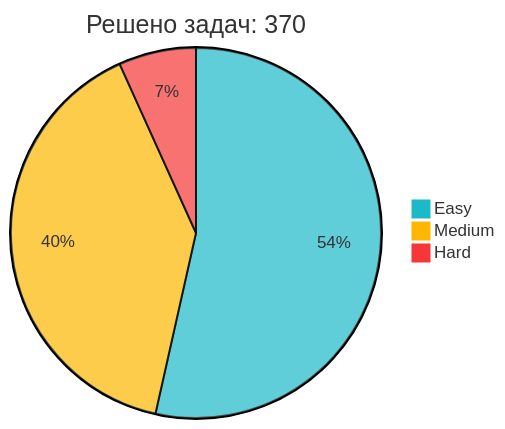
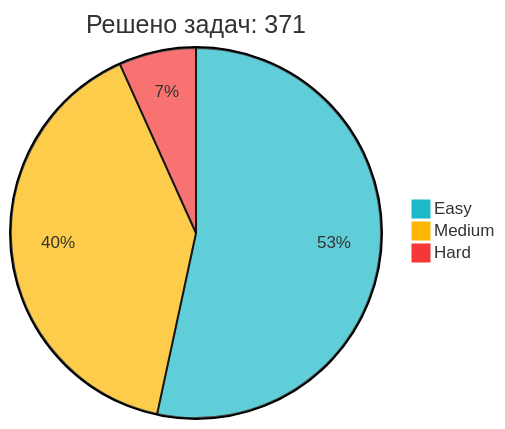
One commit to IliaKurdukov/IliaKurdukov changed the diagram in README.md. Above: the diagram before and after it, drawn with Mermaid. The commit also changed other lines of this file, not shown here.

Commit message:
📈 Обновление статистики LeetCode

````diff
--- a/README.md
+++ b/README.md
@@ -51,7 +51,7 @@
 ```mermaid
 %%{init: {'theme': 'base', 'themeVariables': { 'pie1': '#1CBAC8', 'pie2': '#FEB700', 'pie3': '#F63737' }, 'config': {'width': 300, 'height': 200}}}%%
-pie title Решено задач: 370
+pie title Решено задач: 371
    "Easy" : 198
-   "Medium" : 147
+   "Medium" : 148
    "Hard" : 25
 ```
````
